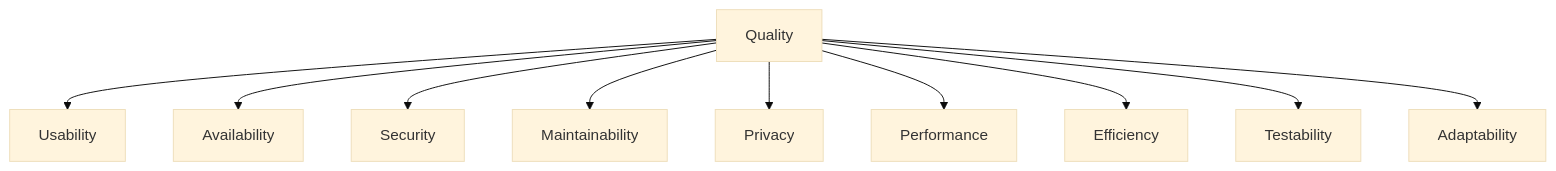
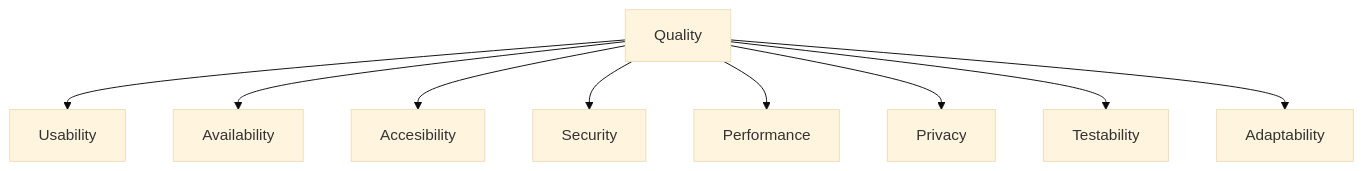
The diagram in docs/src/10_quality_requirements.adoc (Arquisoft/wiq_en3b), drawn with Mermaid (base theme) before and after one commit. The commit also changed other lines of this file, not shown here.

```diff
--- a/docs/src/10_quality_requirements.adoc
+++ b/docs/src/10_quality_requirements.adoc
@@ -49,13 +49,12 @@
 [mermaid]
 ....
 graph TD
     A[Quality] --> B[Usability]
     A --> C[Availability]
-    A --> D[Security]
-    A --> E[Maintainability]
-    A --> F[Privacy]
-    A --> G[Performance]
-    A --> H[Efficiency]
+    A --> D[Accesibility]
+    A --> E[Security]
+    A --> F[Performance]
+    A --> H[Privacy]
     A --> I[Testability]
     A --> J[Adaptability]
 ....
```
